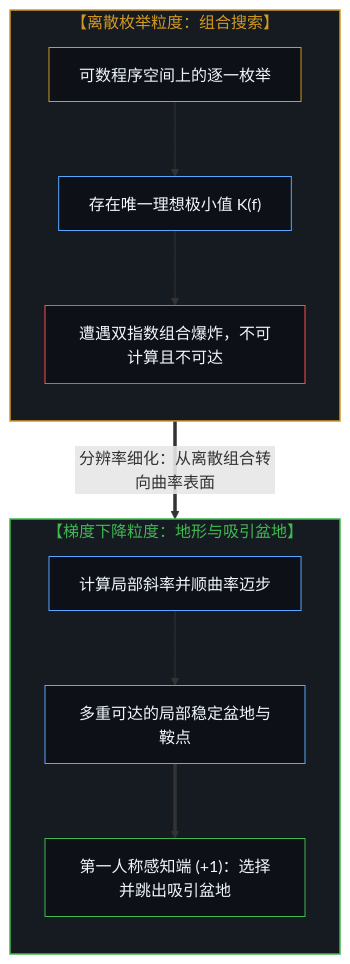
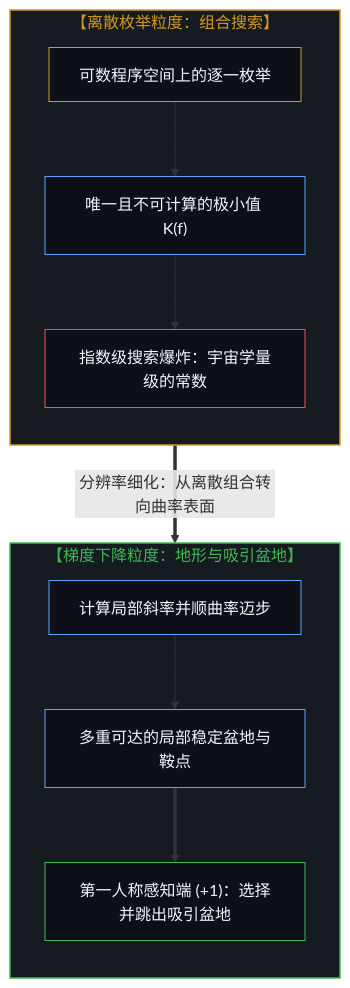
Before and after one commit to powerpig99/not-a-toe: the first of 2 diagrams in content/posts/the-surface-beneath.md, drawn with Mermaid. The commit also changed other lines of this file and 5 other files, not shown here.

````diff
--- a/content/posts/the-surface-beneath.md
+++ b/content/posts/the-surface-beneath.md
@@ -39,26 +39,26 @@
 ```mermaid
 flowchart TD
     subgraph S_Enum["【离散枚举粒度：组合搜索】"]
         direction TB
         Countable["可数程序空间上的逐一枚举"]
-        UniqueK["存在唯一理想极小值 K(f)"]
-        Blowup["遭遇双指数组合爆炸，不可计算且不可达"]
+        UniqueK["唯一且不可计算的极小值 K(f)"]
+        Blowup["指数级搜索爆炸：宇宙学量级的常数"]
         Countable --> UniqueK --> Blowup
     end
     S_Enum ==>|"分辨率细化：从离散组合转向曲率表面"| S_Grad
     subgraph S_Grad["【梯度下降粒度：地形与吸引盆地】"]
         direction TB
         Slope["计算局部斜率并顺曲率迈步"]
         Basins["多重可达的局部稳定盆地与鞍点"]
         HumanSense["第一人称感知端 (+1)：选择并跳出吸引盆地"]
         Slope --> Basins ==> HumanSense
     end
     style S_Enum fill:#161b22,stroke:#d29922,stroke-width:1.5px,color:#d29922
     style S_Grad fill:#161b22,stroke:#3fb950,stroke-width:1.5px,color:#3fb950
     style Countable fill:#0d1117,stroke:#d29922,stroke-width:1px,color:#f0f6fc
     style UniqueK fill:#0d1117,stroke:#58a6ff,stroke-width:1px,color:#f0f6fc
     style Blowup fill:#0d1117,stroke:#f85149,stroke-width:1px,color:#f0f6fc
     style Slope fill:#0d1117,stroke:#58a6ff,stroke-width:1px,color:#f0f6fc
     style Basins fill:#0d1117,stroke:#58a6ff,stroke-width:1px,color:#f0f6fc
     style HumanSense fill:#0d1117,stroke:#3fb950,stroke-width:1px,color:#f0f6fc
 ```
````
